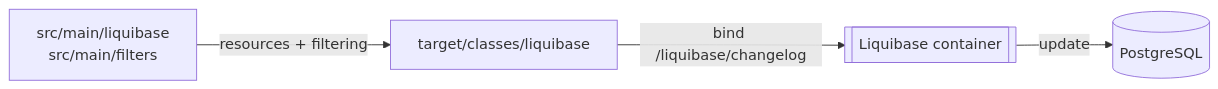
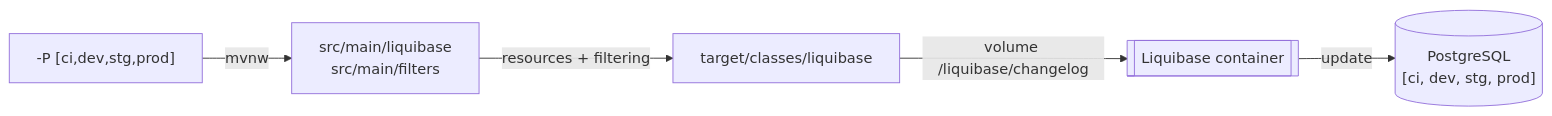
Before and after one commit to b0gg4rd/liquibase-reference: the second of 2 diagrams in README.md, drawn with Mermaid. The commit also changed other lines of this file and 5 other files, not shown here.

````diff
--- a/README.md
+++ b/README.md
@@ -53,6 +68,7 @@
 ```mermaid
 flowchart LR
+  PRFL["-P [ci,dev,stg,prod]"] -->|mvnw| SRC
   SRC[src/main/liquibase\nsrc/main/filters] -->|resources + filtering| OUT[target/classes/liquibase]
-  OUT -->|bind /liquibase/changelog| LB[[Liquibase container]]
-  LB -->|update| DB[(PostgreSQL)]
+  OUT -->|volume /liquibase/changelog| LB[[Liquibase container]]
+  LB -->|update| DB[("PostgreSQL\n[ci, dev, stg, prod]")]
 ```
````
